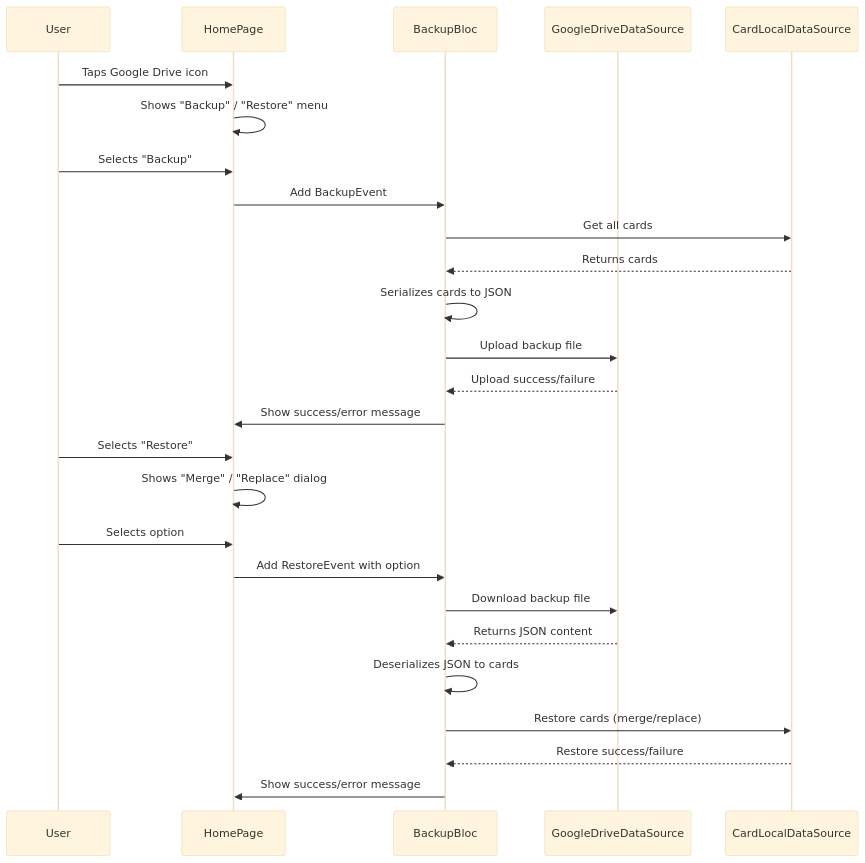
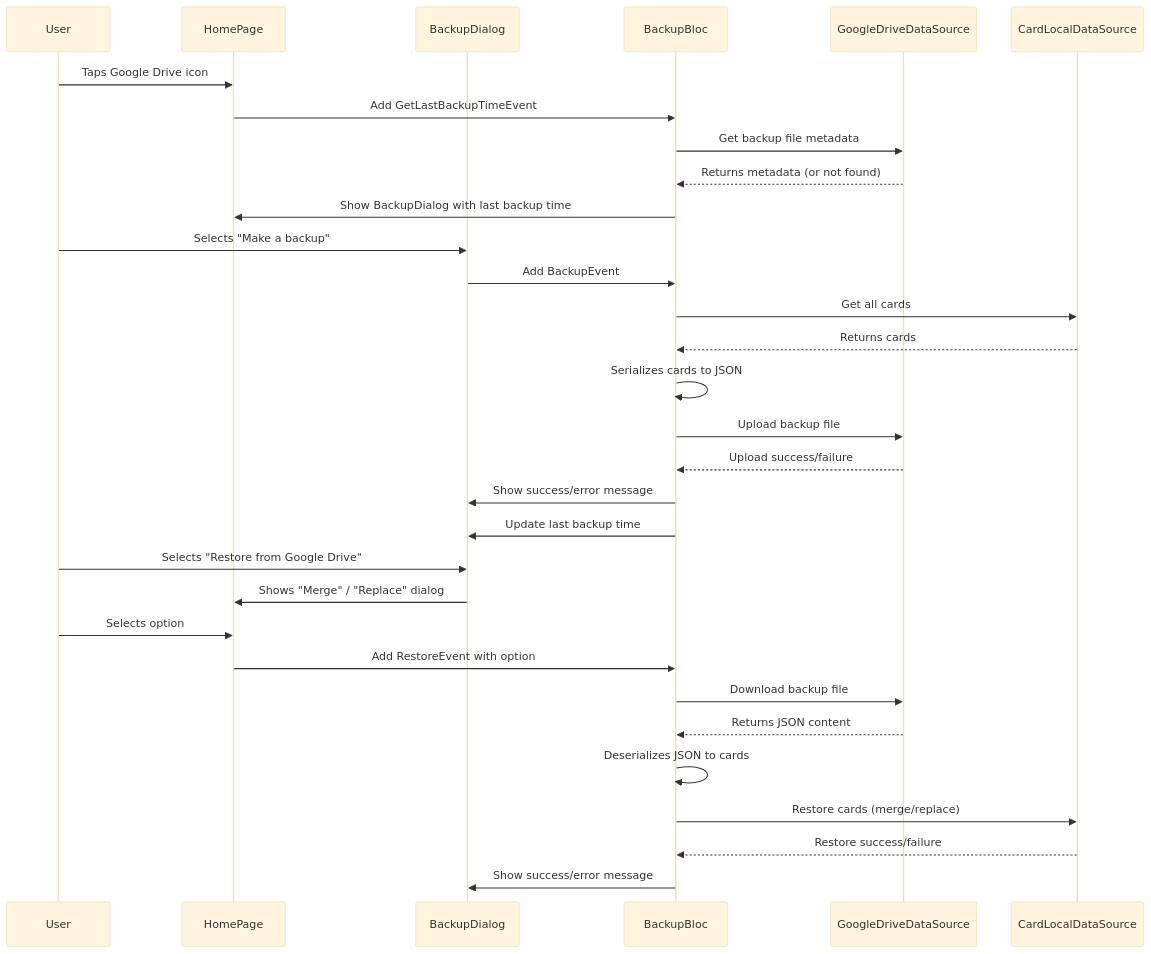
The second of 2 diagrams in MODIFICATION_DESIGN.md (originalUnit337/card_hive), drawn with Mermaid (base theme) before and after one commit. The commit also changed other lines of this file and 6 other files, not shown here.

````diff
--- a/MODIFICATION_DESIGN.md
+++ b/MODIFICATION_DESIGN.md
@@ -132,30 +142,36 @@
 ```mermaid
 sequenceDiagram
     participant User
     participant HomePage
+    participant BackupDialog
     participant BackupBloc
     participant GoogleDriveDataSource
     participant CardLocalDataSource
 
     User->>HomePage: Taps Google Drive icon
-    HomePage->>HomePage: Shows "Backup" / "Restore" menu
-    User->>HomePage: Selects "Backup"
-    HomePage->>BackupBloc: Add BackupEvent
+    HomePage->>BackupBloc: Add GetLastBackupTimeEvent
+    BackupBloc->>GoogleDriveDataSource: Get backup file metadata
+    GoogleDriveDataSource-->>BackupBloc: Returns metadata (or not found)
+    BackupBloc->>HomePage: Show BackupDialog with last backup time
+    
+    User->>BackupDialog: Selects "Make a backup"
+    BackupDialog->>BackupBloc: Add BackupEvent
     BackupBloc->>CardLocalDataSource: Get all cards
     CardLocalDataSource-->>BackupBloc: Returns cards
     BackupBloc->>BackupBloc: Serializes cards to JSON
     BackupBloc->>GoogleDriveDataSource: Upload backup file
     GoogleDriveDataSource-->>BackupBloc: Upload success/failure
-    BackupBloc->>HomePage: Show success/error message
+    BackupBloc->>BackupDialog: Show success/error message
+    BackupBloc->>BackupDialog: Update last backup time
 
-    User->>HomePage: Selects "Restore"
-    HomePage->>HomePage: Shows "Merge" / "Replace" dialog
+    User->>BackupDialog: Selects "Restore from Google Drive"
+    BackupDialog->>HomePage: Shows "Merge" / "Replace" dialog
     User->>HomePage: Selects option
     HomePage->>BackupBloc: Add RestoreEvent with option
     BackupBloc->>GoogleDriveDataSource: Download backup file
     GoogleDriveDataSource-->>BackupBloc: Returns JSON content
     BackupBloc->>BackupBloc: Deserializes JSON to cards
     BackupBloc->>CardLocalDataSource: Restore cards (merge/replace)
     CardLocalDataSource-->>BackupBloc: Restore success/failure
-    BackupBloc->>HomePage: Show success/error message
+    BackupBloc->>BackupDialog: Show success/error message
 ```
````
